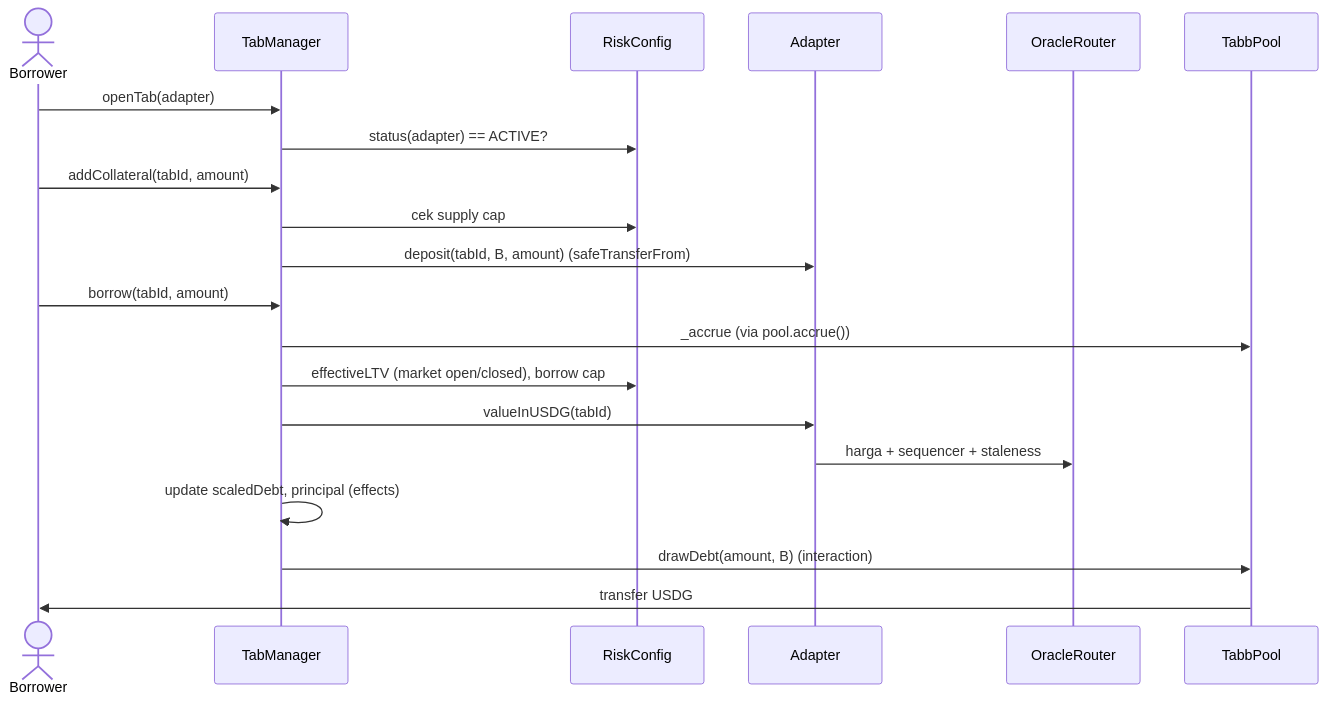
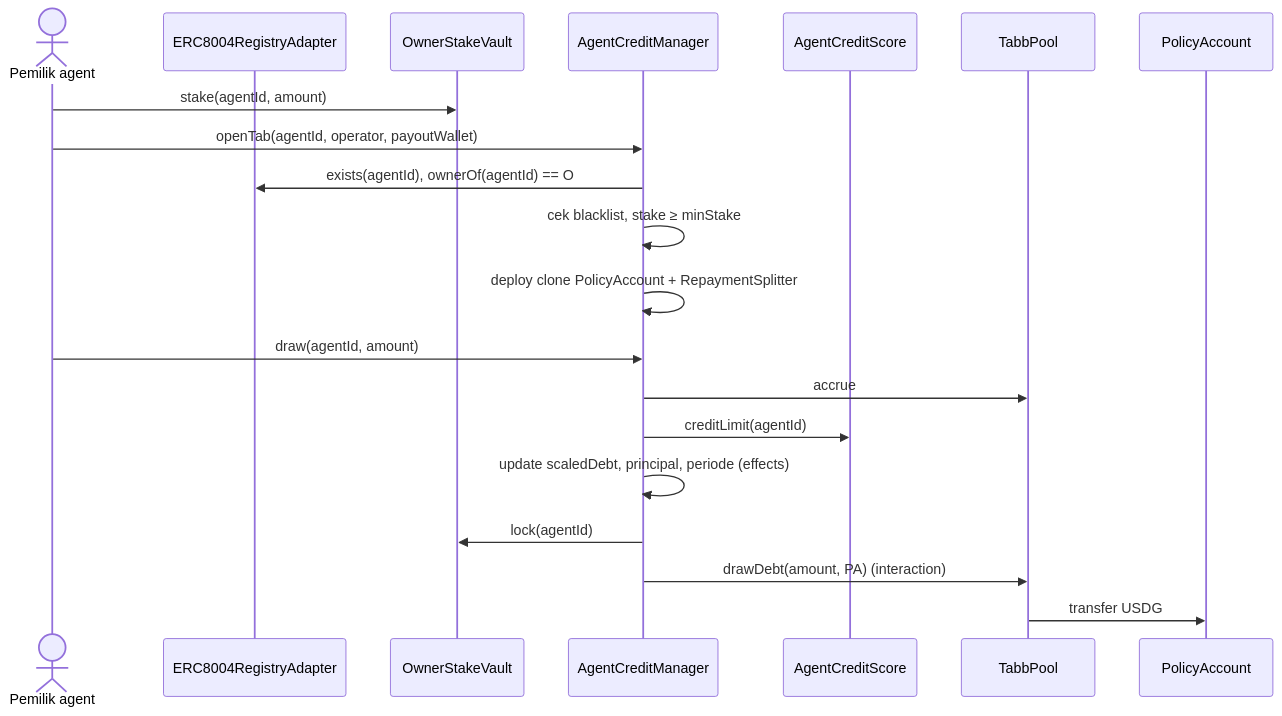
The fourth of 6 diagrams in docs/DESIGN.md (pauly-zyz/tabb), drawn with Mermaid before and after one commit. The commit also changed other lines of this file, not shown here.

First line of the commit message:
docs: design v0.2 — agent credit first, yield credit second

````diff
--- a/docs/DESIGN.md
+++ b/docs/DESIGN.md
@@ -306,22 +308,22 @@
 ```mermaid
 sequenceDiagram
-    actor B as Borrower
-    participant TM as TabManager
-    participant RC as RiskConfig
-    participant A as Adapter
-    participant OR as OracleRouter
+    actor O as Pemilik agent
+    participant REG as ERC8004RegistryAdapter
+    participant SV as OwnerStakeVault
+    participant M as AgentCreditManager
+    participant SC as AgentCreditScore
     participant P as TabbPool
-    B->>TM: openTab(adapter)
-    TM->>RC: status(adapter) == ACTIVE?
-    B->>TM: addCollateral(tabId, amount)
-    TM->>RC: cek supply cap
-    TM->>A: deposit(tabId, B, amount)  (safeTransferFrom)
-    B->>TM: borrow(tabId, amount)
-    TM->>P: _accrue (via pool.accrue())
-    TM->>RC: effectiveLTV (market open/closed), borrow cap
-    TM->>A: valueInUSDG(tabId)
-    A->>OR: harga + sequencer + staleness
-    TM->>TM: update scaledDebt, principal (effects)
-    TM->>P: drawDebt(amount, B)  (interaction)
-    P->>B: transfer USDG
+    participant PA as PolicyAccount
+    O->>SV: stake(agentId, amount)
+    O->>M: openTab(agentId, operator, payoutWallet)
+    M->>REG: exists(agentId), ownerOf(agentId) == O
+    M->>M: cek blacklist, stake ≥ minStake
+    M->>M: deploy clone PolicyAccount + RepaymentSplitter
+    O->>M: draw(agentId, amount)
+    M->>P: accrue
+    M->>SC: creditLimit(agentId)
+    M->>M: update scaledDebt, principal, periode (effects)
+    M->>SV: lock(agentId)
+    M->>P: drawDebt(amount, PA) (interaction)
+    P->>PA: transfer USDG
 ```
````
